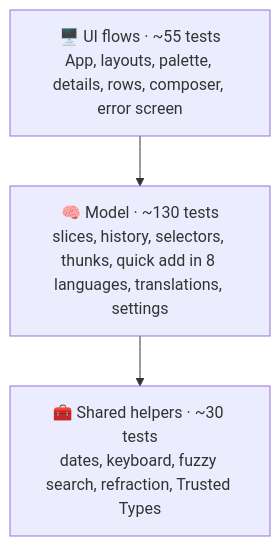
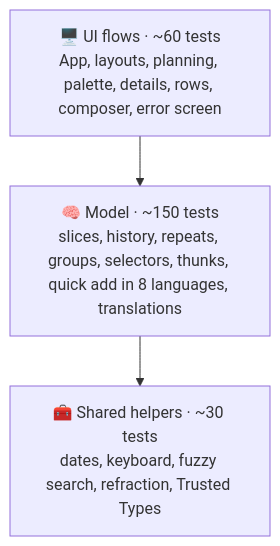
One commit to sacrificed666/react-todo-app changed the diagram in docs/testing.md. Above: the diagram before and after it, drawn with Mermaid. The commit also changed other lines of this file and 96 other files, not shown here.

````diff
--- a/docs/testing.md
+++ b/docs/testing.md
@@ -25,7 +25,7 @@
 ```mermaid
 flowchart TB
-  UI["🖥️ UI flows · ~55 tests<br/>App, layouts, palette, details, rows, composer, error screen"]
-  Model["🧠 Model · ~130 tests<br/>slices, history, selectors, thunks, quick add in 8 languages, translations, settings"]
+  UI["🖥️ UI flows · ~60 tests<br/>App, layouts, planning, palette, details, rows, composer, error screen"]
+  Model["🧠 Model · ~150 tests<br/>slices, history, repeats, groups, selectors, thunks, quick add in 8 languages, translations"]
   Lib["🧰 Shared helpers · ~30 tests<br/>dates, keyboard, fuzzy search, refraction, Trusted Types"]
   UI --> Model --> Lib
 ```
````
